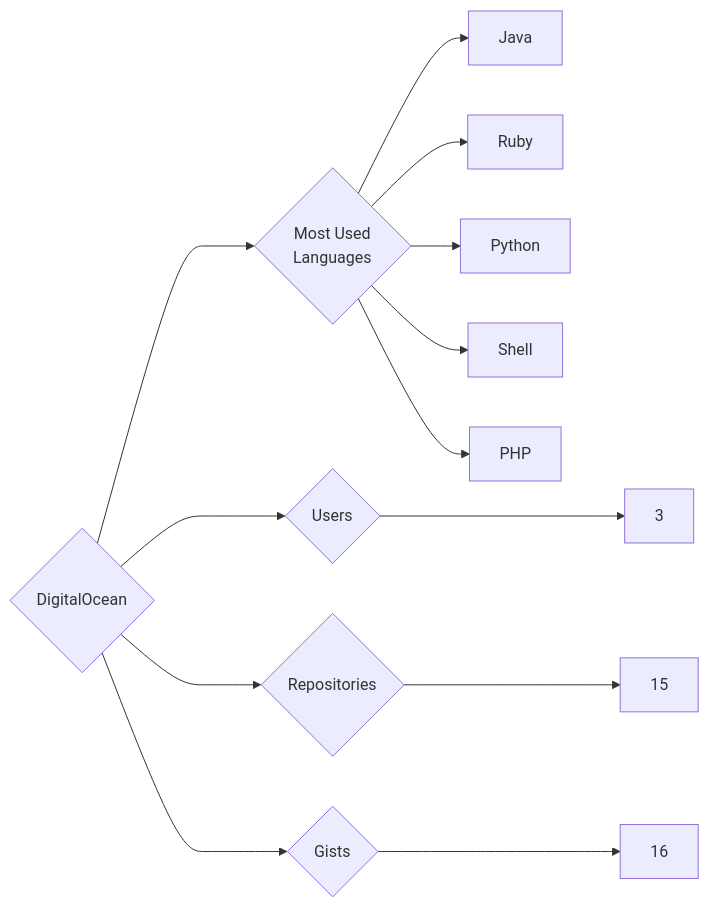
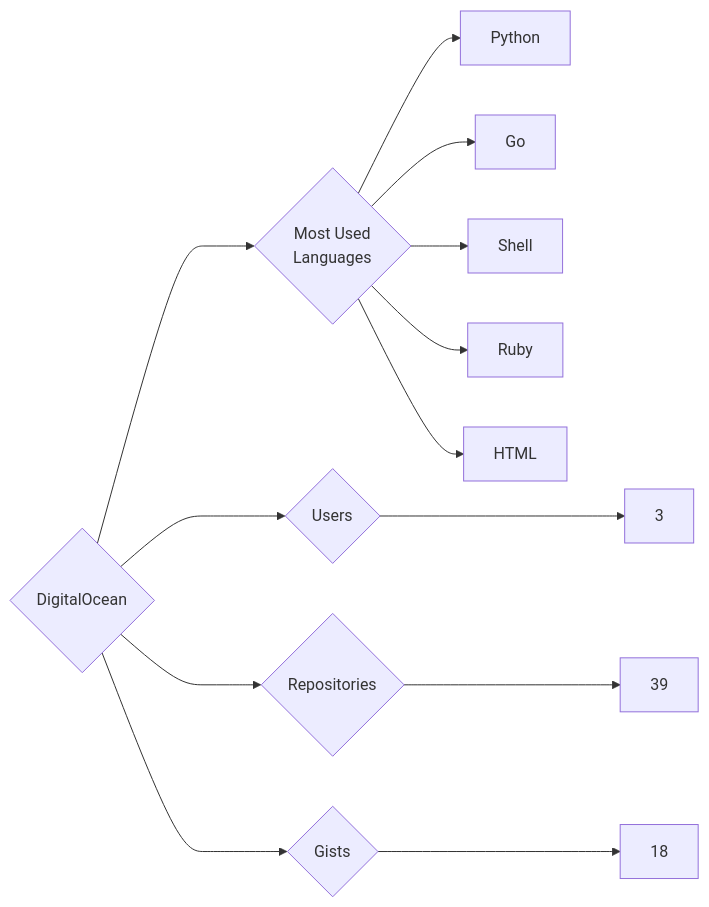
Before and after one commit to trickest/insiders: the diagram in targets/DigitalOcean/README.md, drawn with Mermaid. The commit also changed 933 other files, not shown here.

````diff
--- a/targets/DigitalOcean/README.md
+++ b/targets/DigitalOcean/README.md
@@ -3,13 +3,13 @@
 ```mermaid
 graph LR
 COMPANY_NAME{DigitalOcean}
 COMPANY_NAME ---> U{Users} ---> UN[3]
-COMPANY_NAME ---> R{Repositories} ---> RN[15]
-COMPANY_NAME ---> G{Gists} ---> GN[16]
+COMPANY_NAME ---> R{Repositories} ---> RN[39]
+COMPANY_NAME ---> G{Gists} ---> GN[18]
 COMPANY_NAME ---> ML{Most Used<br>Languages}
-ML --> Java[Java]
+ML --> Python[Python]
+ML --> Go[Go]
+ML --> Shell[Shell]
 ML --> Ruby[Ruby]
-ML --> Python[Python]
-ML --> Shell[Shell]
-ML --> PHP[PHP]
+ML --> HTML[HTML]
 ```
````
